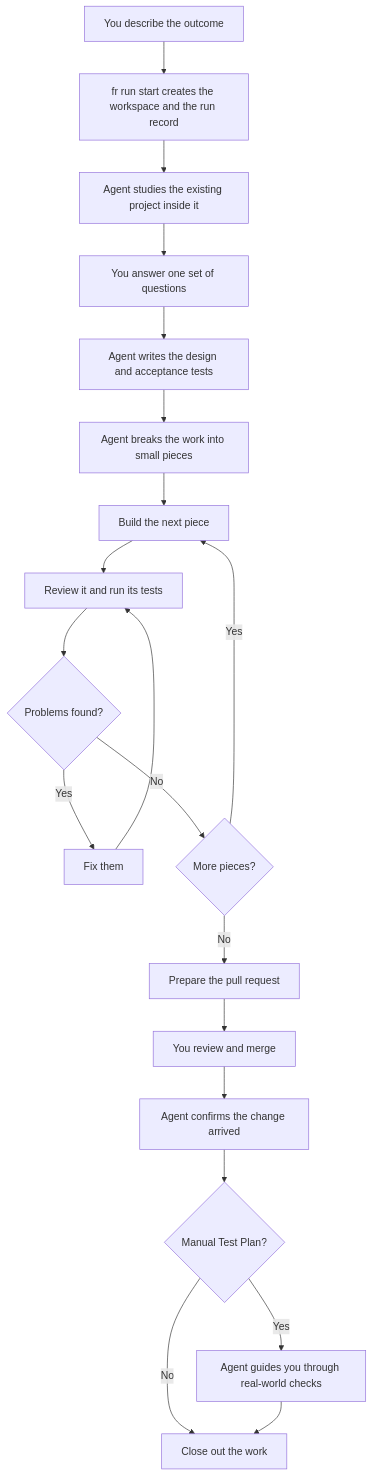
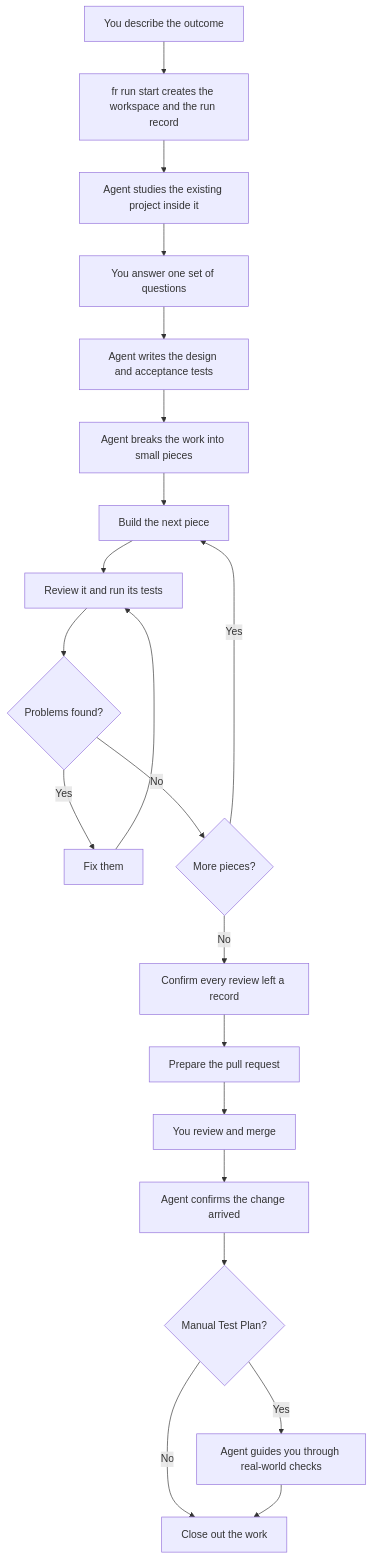
Before and after one commit to derio-net/super-fr: the first of 2 diagrams in docs/explainers/01-fr-goal.md, drawn with Mermaid. The commit also changed other lines of this file and 3 other files, not shown here.

````diff
--- a/docs/explainers/01-fr-goal.md
+++ b/docs/explainers/01-fr-goal.md
@@ -74,22 +77,23 @@
 ```mermaid
 flowchart TD
     A[You describe the outcome] --> X[fr run start creates the workspace and the run record]
     X --> B[Agent studies the existing project inside it]
     B --> C[You answer one set of questions]
     C --> D[Agent writes the design and acceptance tests]
     D --> E[Agent breaks the work into small pieces]
     E --> F[Build the next piece]
     F --> G[Review it and run its tests]
     G --> H{Problems found?}
     H -->|Yes| I[Fix them]
     I --> G
     H -->|No| J{More pieces?}
     J -->|Yes| F
-    J -->|No| K[Prepare the pull request]
+    J -->|No| K0[Confirm every review left a record]
+    K0 --> K[Prepare the pull request]
     K --> L[You review and merge]
     L --> M[Agent confirms the change arrived]
     M --> N{Manual Test Plan?}
     N -->|Yes| O[Agent guides you through real-world checks]
     N -->|No| P[Close out the work]
     O --> P
 ```
````
